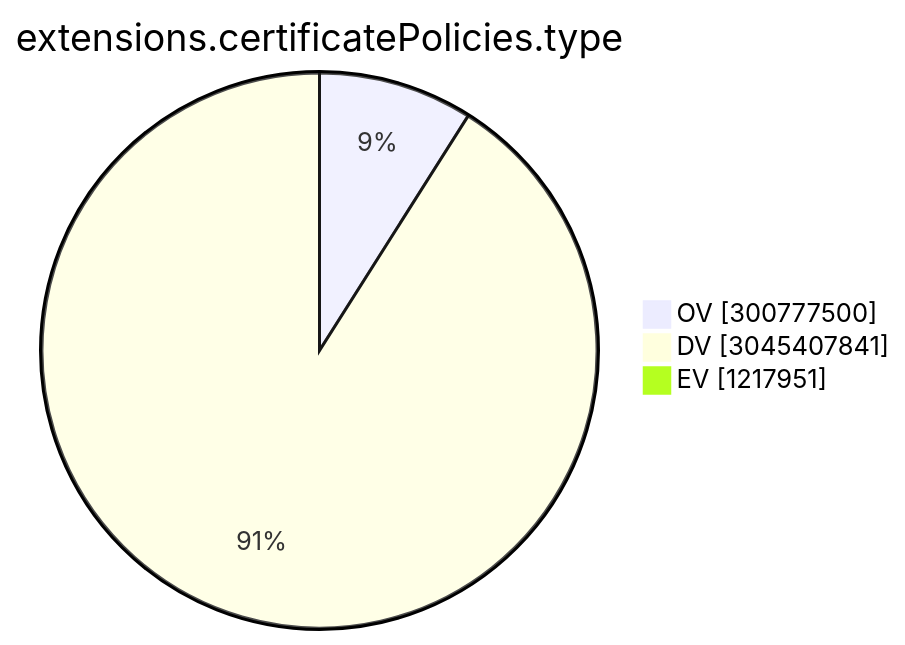
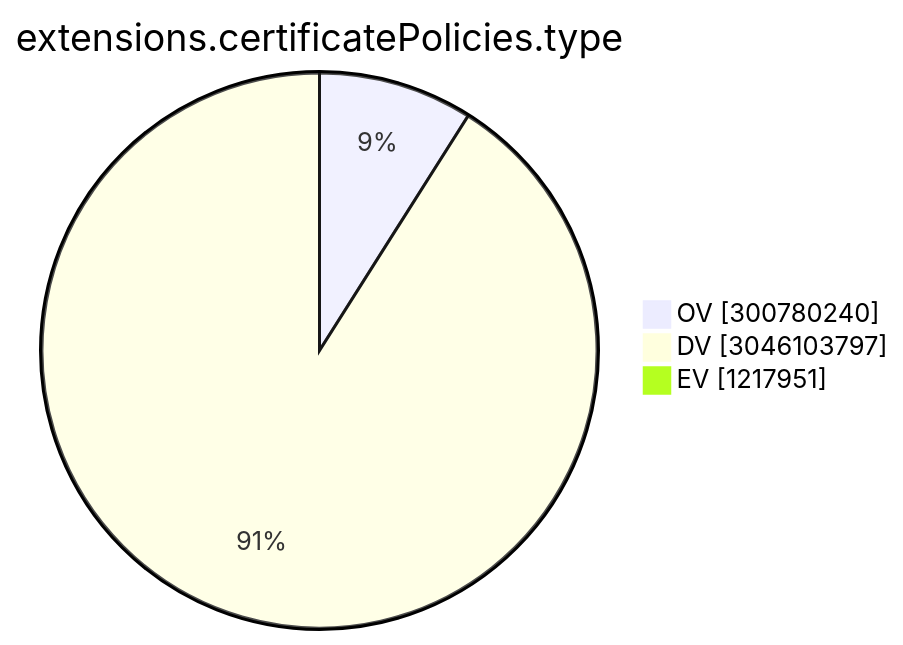
The ninth of 15 diagrams in TOTAL/README.md (christiankrug/ctmonitor_visualization), drawn with Mermaid before and after one commit. The commit also changed other lines of this file, not shown here.

````diff
--- a/TOTAL/README.md
+++ b/TOTAL/README.md
@@ -3102,7 +3102,7 @@
 ```mermaid
 pie showData
 title extensions.certificatePolicies.type
-"OV" :300777500
-"DV" :3045407841
+"OV" :300780240
+"DV" :3046103797
 "EV" :1217951
 ```
````
